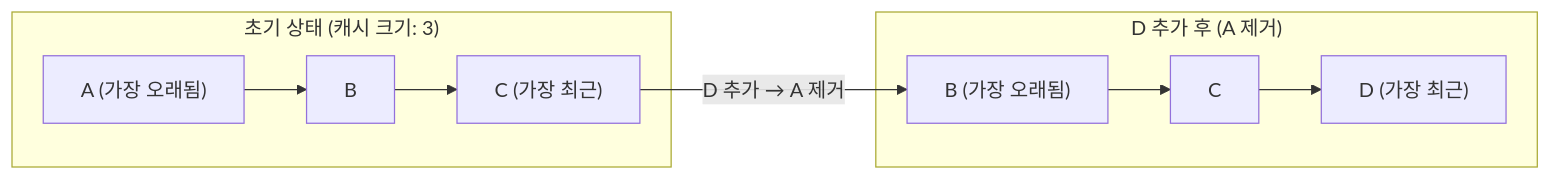
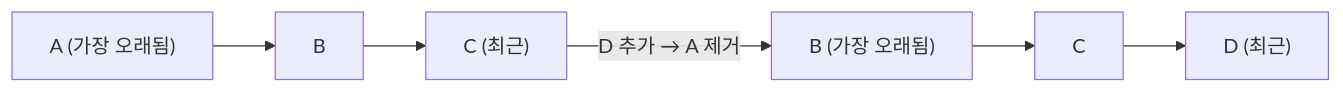
The second of 4 diagrams in _posts/localcache/2026-05-01-cache-eviction-algorithms.md (yjkim2015/yjkim2015.github.io), drawn with Mermaid before and after one commit. The commit also changed other lines of this file and 155 other files, not shown here.

First line of the commit message:
Mermaid 전면 수정: subgraph 제거, participant/노드/줄수 축소 (342블록)

````diff
--- a/_posts/localcache/2026-05-01-cache-eviction-algorithms.md
+++ b/_posts/localcache/2026-05-01-cache-eviction-algorithms.md
@@ -55,10 +55,6 @@
 ```mermaid
 graph LR
-    subgraph "초기 상태 (캐시 크기: 3)"
-        A1["A (가장 오래됨)"] --> B1["B"] --> C1["C (가장 최근)"]
-    end
-    subgraph "D 추가 후 (A 제거)"
-        B2["B (가장 오래됨)"] --> C2["C"] --> D2["D (가장 최근)"]
-    end
+    A1["A (가장 오래됨)"] --> B1["B"] --> C1["C (최근)"]
+    B2["B (가장 오래됨)"] --> C2["C"] --> D2["D (최근)"]
     C1 -->|"D 추가 → A 제거"| B2
 ```
````
